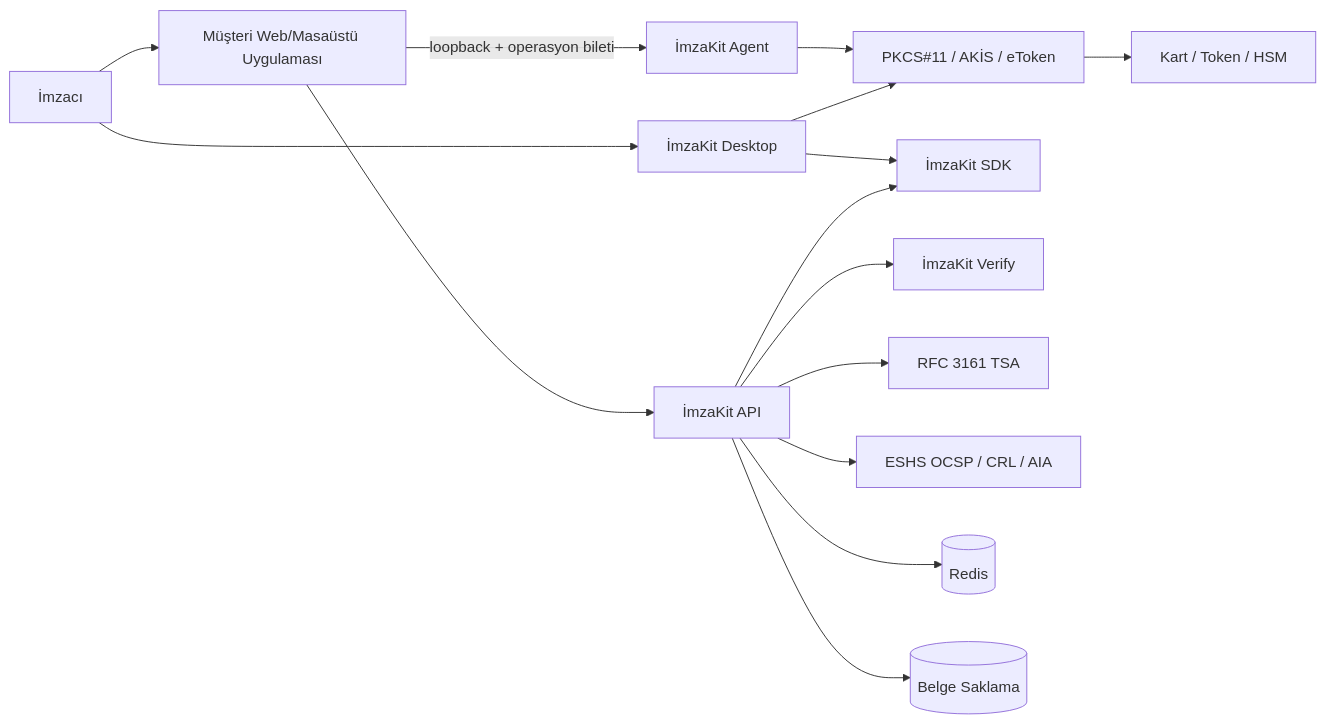
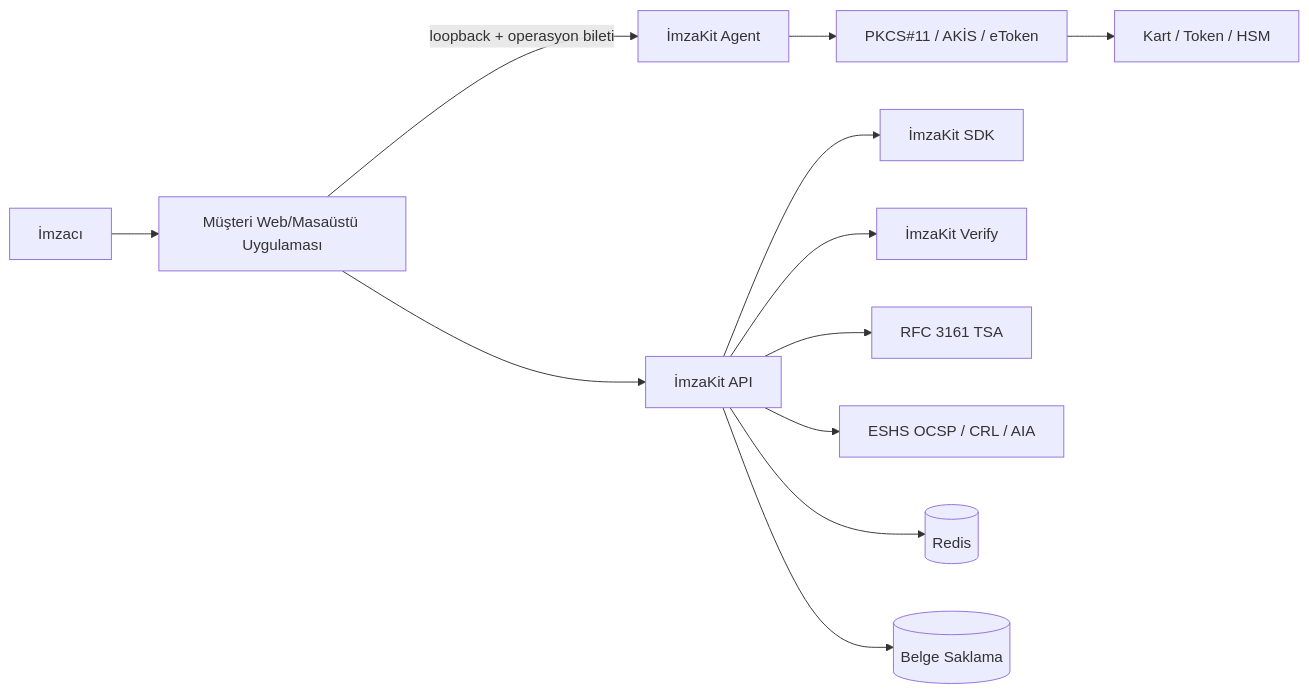
The first of 3 diagrams in frd/mimari/sistem-mimarisi.md (yasinilkalp/imzakit), drawn with Mermaid before and after one commit. The commit also changed other lines of this file and 59 other files, not shown here.

````diff
--- a/frd/mimari/sistem-mimarisi.md
+++ b/frd/mimari/sistem-mimarisi.md
@@ -5,17 +5,14 @@
 ```mermaid
 flowchart LR
     U[İmzacı] --> W[Müşteri Web/Masaüstü Uygulaması]
-    U --> Desk[İmzaKit Desktop]
     W --> API[İmzaKit API]
     W -->|loopback + operasyon bileti| A[İmzaKit Agent]
     A --> P11[PKCS#11 / AKİS / eToken]
-    Desk --> SDK[İmzaKit SDK]
-    Desk --> P11
     P11 --> K[Kart / Token / HSM]
-    API --> SDK
+    API --> SDK[İmzaKit SDK]
     API --> V[İmzaKit Verify]
     API --> TSA[RFC 3161 TSA]
     API --> E[ESHS OCSP / CRL / AIA]
     API --> R[(Redis)]
     API --> D[(Belge Saklama)]
 ```
````
